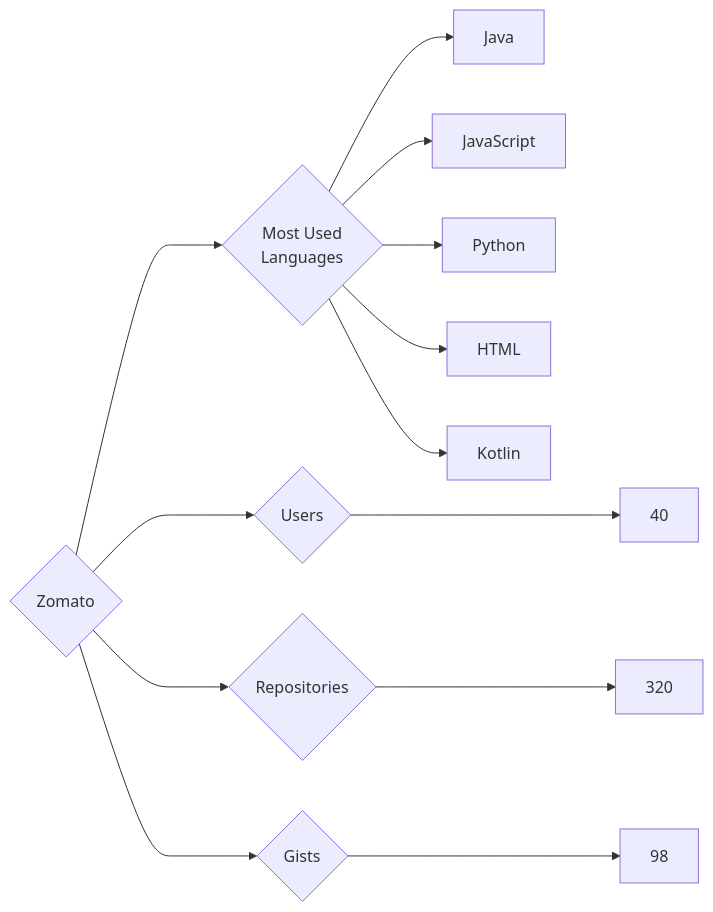
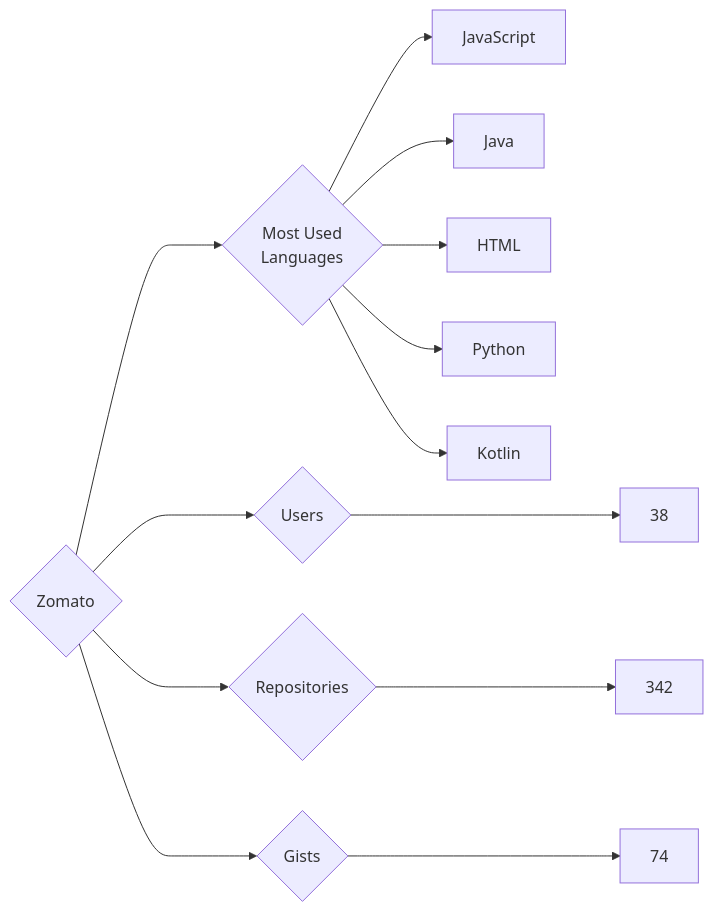
One commit to trickest/insiders changed the diagram in targets/Zomato/README.md. Above: the diagram before and after it, drawn with Mermaid. The commit also changed 787 other files, not shown here.

````diff
--- a/targets/Zomato/README.md
+++ b/targets/Zomato/README.md
@@ -3,13 +3,13 @@
 ```mermaid
 graph LR
 COMPANY_NAME{Zomato}
-COMPANY_NAME ---> U{Users} ---> UN[40]
-COMPANY_NAME ---> R{Repositories} ---> RN[320]
-COMPANY_NAME ---> G{Gists} ---> GN[98]
+COMPANY_NAME ---> U{Users} ---> UN[38]
+COMPANY_NAME ---> R{Repositories} ---> RN[342]
+COMPANY_NAME ---> G{Gists} ---> GN[74]
 COMPANY_NAME ---> ML{Most Used<br>Languages}
+ML --> JavaScript[JavaScript]
 ML --> Java[Java]
-ML --> JavaScript[JavaScript]
+ML --> HTML[HTML]
 ML --> Python[Python]
-ML --> HTML[HTML]
 ML --> Kotlin[Kotlin]
 ```
````
